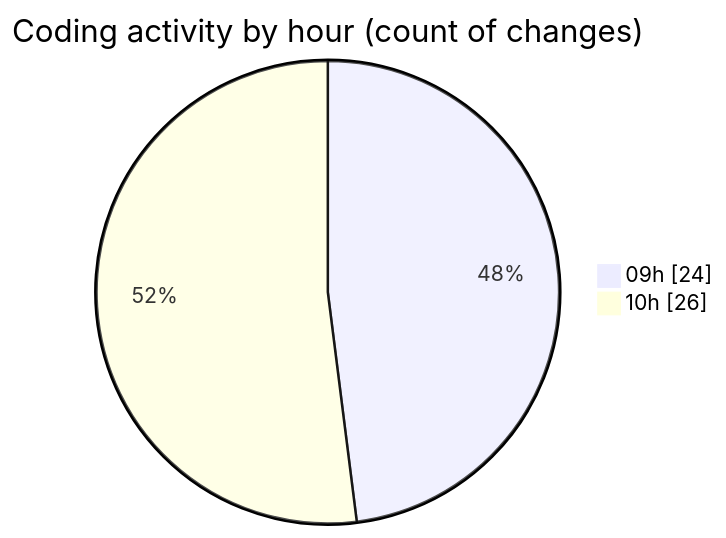
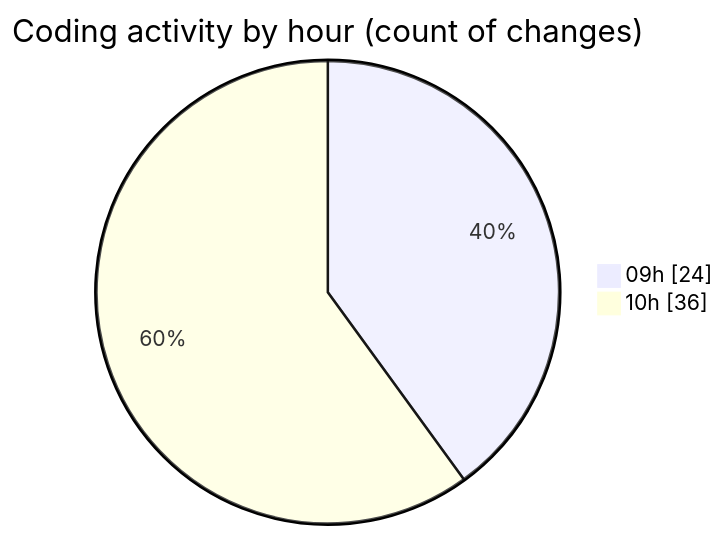
The second of 2 diagrams in 2025-10-07/cda/README.md (momahboobian/code-tracking), drawn with Mermaid before and after one commit. The commit also changed other lines of this file and 1 other file, not shown here.

````diff
--- a/2025-10-07/cda/README.md
+++ b/2025-10-07/cda/README.md
@@ -35,6 +35,6 @@
 ```mermaid
 pie showData
 title Coding activity by hour (count of changes)
 "09h" : 24
-"10h" : 26
+"10h" : 36
 ```
````
